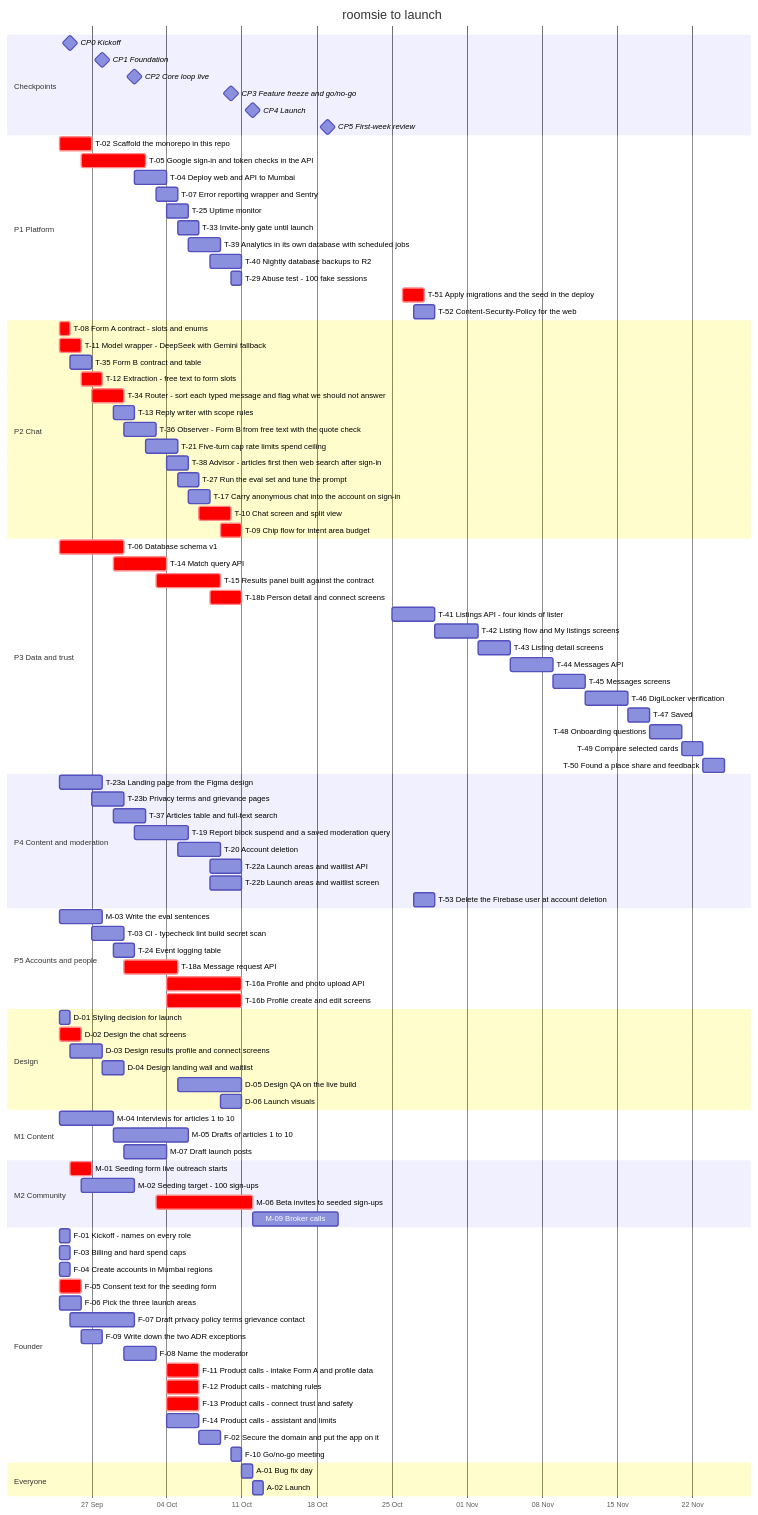
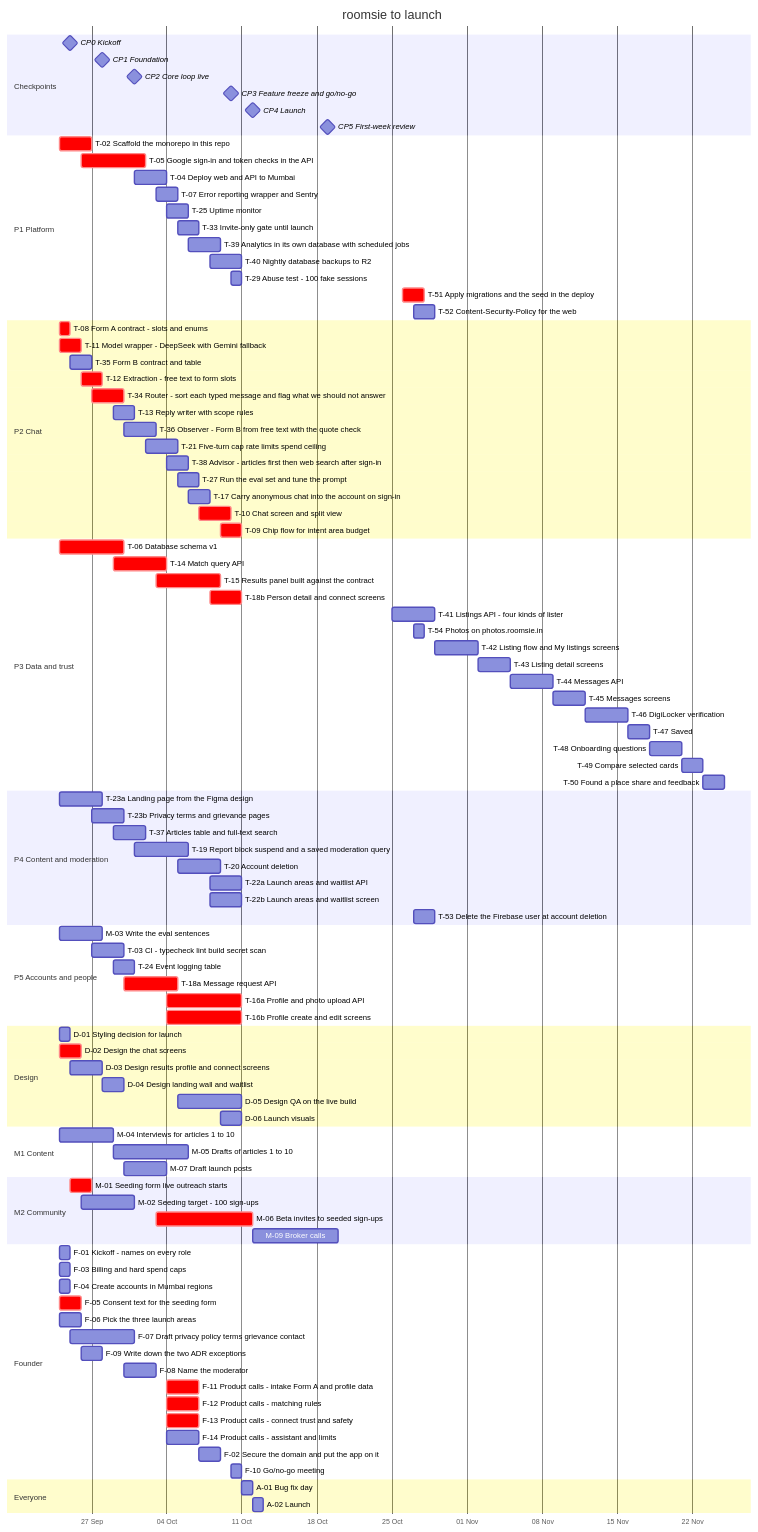
The diagram in docs/team-plan.md (magentawood/roomsie), drawn with Mermaid before and after one commit. The commit also changed other lines of this file and 22 other files, not shown here.

First line of the commit message:
Plan: T-54 serves listing photos on photos.roomsie.in, not the r2.dev address

```diff
--- a/docs/team-plan.md
+++ b/docs/team-plan.md
@@ -352,6 +354,7 @@
     T-15 Results panel built against the contract :crit, t15, 2026-10-03, 6d
     T-18b Person detail and connect screens :crit, t18b, 2026-10-08, 3d
     T-41 Listings API - four kinds of lister :t41, 2026-10-25, 4d
+    T-54 Photos on photos.roomsie.in :t54, 2026-10-27, 1d
     T-42 Listing flow and My listings screens :t42, 2026-10-29, 4d
     T-43 Listing detail screens :t43, 2026-11-02, 3d
     T-44 Messages API :t44, 2026-11-05, 4d
```
